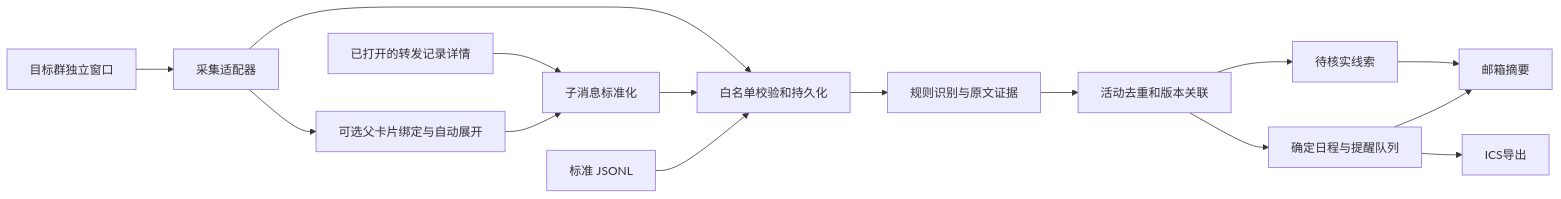
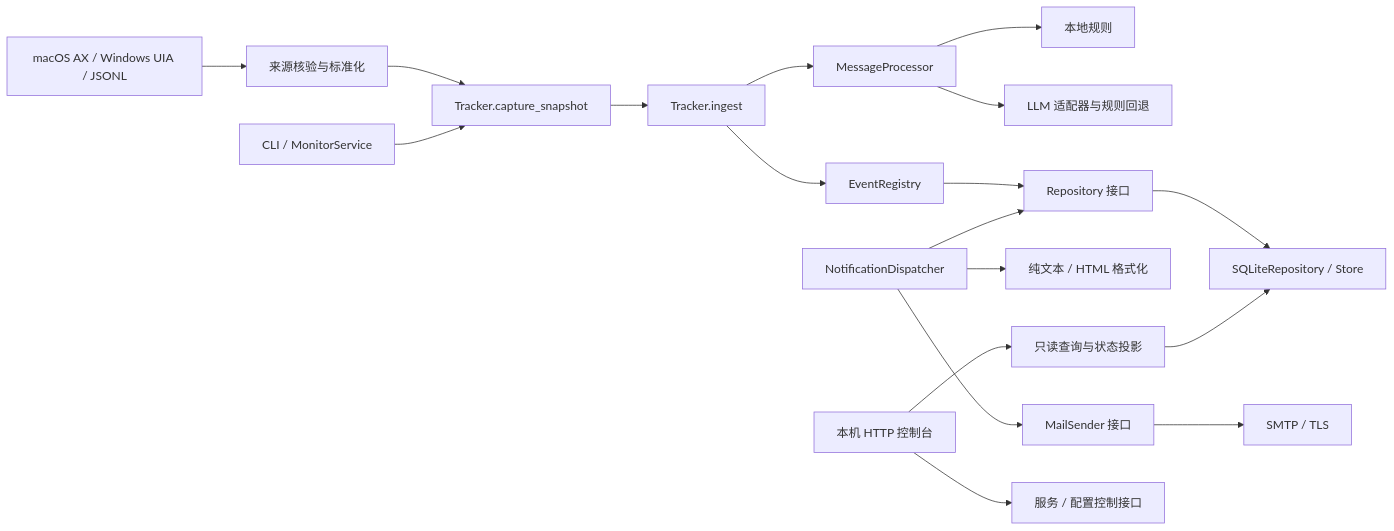
The diagram in docs/architecture.md (Fui2311/wechat-window-monitor), drawn with Mermaid before and after one commit. The commit also changed other lines of this file and 101 other files, not shown here.

````diff
--- a/docs/architecture.md
+++ b/docs/architecture.md
@@ -9,17 +5,20 @@
 ```mermaid
 flowchart LR
-    A[目标群独立窗口] --> C[采集适配器]
-    B[已打开的转发记录详情] --> D[子消息标准化]
-    C --> M[可选父卡片绑定与自动展开]
-    M --> D
-    C --> E[白名单校验和持久化]
-    D --> E
-    J[标准 JSONL] --> E
-    E --> F[规则识别与原文证据]
-    F --> G[活动去重和版本关联]
-    G --> H[待核实线索]
-    G --> I[确定日程与提醒队列]
-    H --> K[邮箱摘要]
-    I --> K
-    I --> L[ICS导出]
+  AX[macOS AX / Windows UIA / JSONL] --> Normalize[来源核验与标准化]
+  Normalize --> Capture[Tracker.capture_snapshot]
+  CLI[CLI / MonitorService] --> Capture
+  Capture --> Ingest[Tracker.ingest]
+  Ingest --> Processor[MessageProcessor]
+  Processor --> Rules[本地规则]
+  Processor --> LLM[LLM 适配器与规则回退]
+  Ingest --> Events[EventRegistry]
+  Events --> Repo[Repository 接口]
+  Repo --> SQLite[SQLiteRepository / Store]
+  Dispatch[NotificationDispatcher] --> Repo
+  Dispatch --> Render[纯文本 / HTML 格式化]
+  Dispatch --> Sender[MailSender 接口]
+  Sender --> SMTP[SMTP / TLS]
+  HTTP[本机 HTTP 控制台] --> Queries[只读查询与状态投影]
+  Queries --> SQLite
+  HTTP --> Control[服务 / 配置控制接口]
 ```
````
